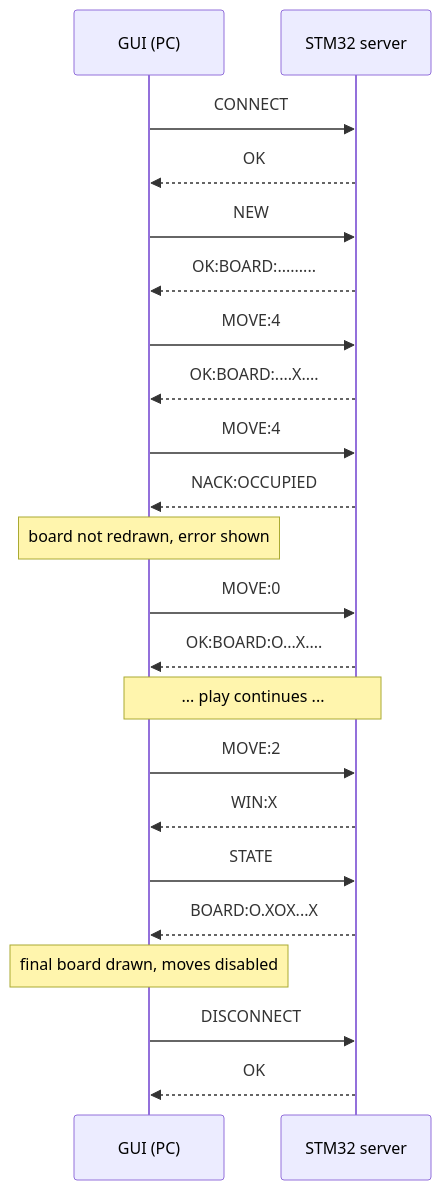
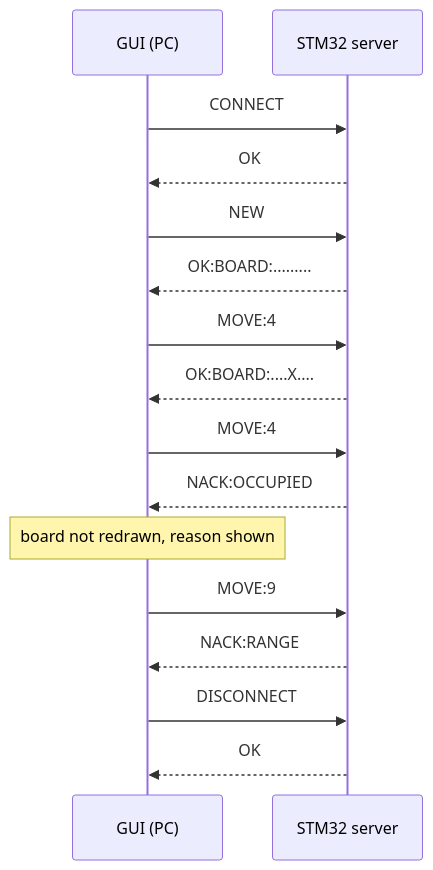
One commit to Nsika18/EEE3095_Project-CSC- changed the second of 4 diagrams in docs/protocol.md. Above: the diagram before and after it, drawn with Mermaid. The commit also changed other lines of this file, not shown here.

````diff
--- a/docs/protocol.md
+++ b/docs/protocol.md
@@ -106,24 +142,18 @@
 ```mermaid
 sequenceDiagram
     participant G as GUI (PC)
     participant S as STM32 server
     G->>S: CONNECT
     S-->>G: OK
     G->>S: NEW
     S-->>G: OK:BOARD:.........
     G->>S: MOVE:4
     S-->>G: OK:BOARD:....X....
     G->>S: MOVE:4
     S-->>G: NACK:OCCUPIED
-    Note over G: board not redrawn, error shown
-    G->>S: MOVE:0
-    S-->>G: OK:BOARD:O...X....
-    Note over G,S: ... play continues ...
-    G->>S: MOVE:2
-    S-->>G: WIN:X
-    G->>S: STATE
-    S-->>G: BOARD:O.XOX...X
-    Note over G: final board drawn, moves disabled
+    Note over G: board not redrawn, reason shown
+    G->>S: MOVE:9
+    S-->>G: NACK:RANGE
     G->>S: DISCONNECT
     S-->>G: OK
 ```
````
